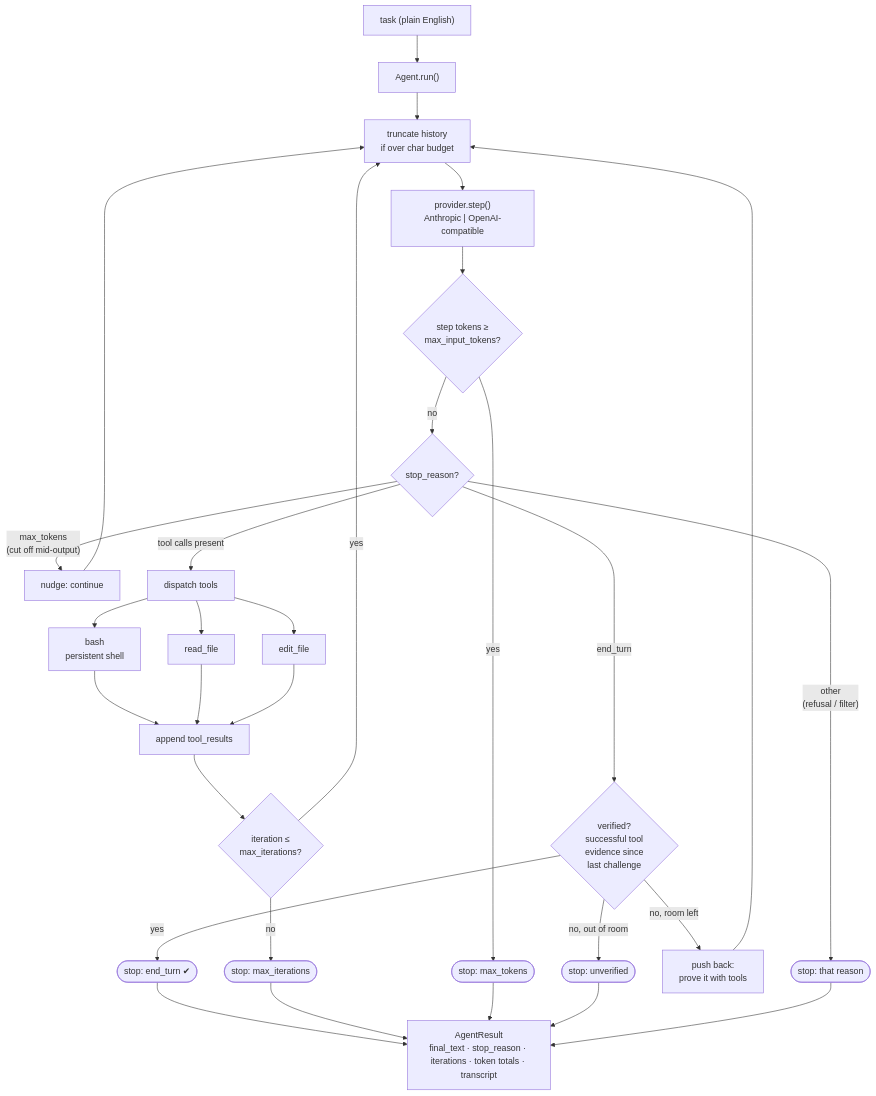
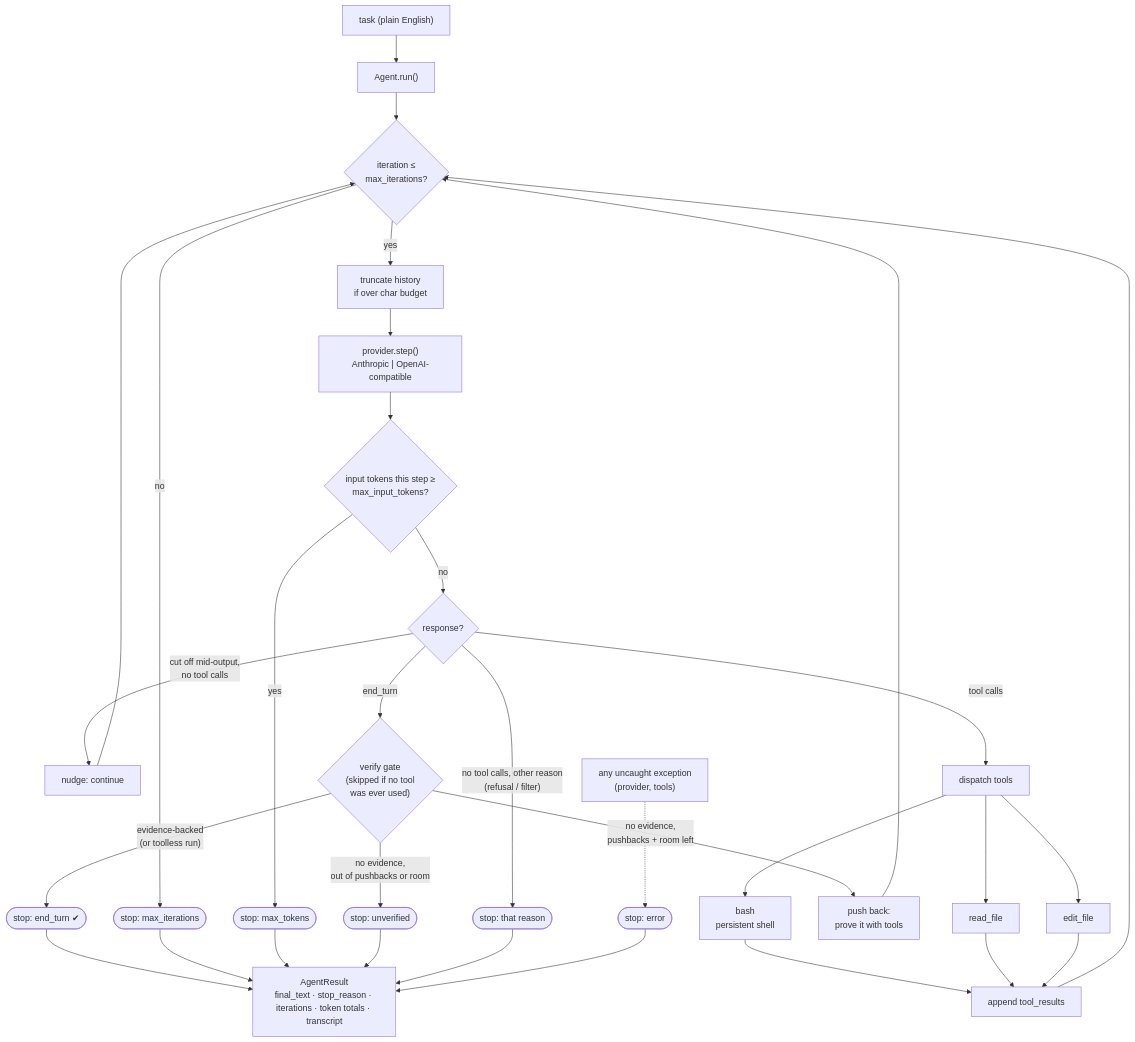
Before and after one commit to baliharneet7-sudo/gt-harness: the diagram in README.md, drawn with Mermaid. The commit also changed other lines of this file and 2 other files, not shown here.

Commit message:
docs: fix loop diagram to match implementation; commit 89/89 run screenshot as proof-of-record
Diagram corrections from an external accuracy review: iteration check at
loop top (all continuations route through it), input-tokens-this-step
wording, tool-calls-present split from stop_reason, verify gate skipped
for toolless runs, stop:error path added. Screenshot pins the published
59.6% (89/89, Mean 0.596, Reward 1.0 -> 53).

Claude-Session: https://claude.ai/code/session_01C2Mo3FgRWM789HVpouQuP7

````diff
--- a/README.md
+++ b/README.md
@@ -109,34 +109,37 @@
 ```mermaid
 flowchart TD
     T["task (plain English)"] --> R["Agent.run()"]
-    R --> TR["truncate history<br/>if over char budget"]
+    R --> ITER{"iteration ≤<br/>max_iterations?"}
+    ITER -- no --> SITER(["stop: max_iterations"])
+    ITER -- yes --> TR["truncate history<br/>if over char budget"]
     TR --> STEP["provider.step()<br/>Anthropic | OpenAI-compatible"]
-    STEP --> CAP{"step tokens ≥<br/>max_input_tokens?"}
+    STEP --> CAP{"input tokens this step ≥<br/>max_input_tokens?"}
     CAP -- yes --> SMAX(["stop: max_tokens"])
-    CAP -- no --> STOP{"stop_reason?"}
+    CAP -- no --> KIND{"response?"}
 
-    STOP -- "max_tokens<br/>(cut off mid-output)" --> NUDGE["nudge: continue"] --> TR
-    STOP -- "end_turn" --> VER{"verified?<br/>successful tool<br/>evidence since<br/>last challenge"}
-    STOP -- "tool calls present" --> EXEC["dispatch tools"]
-    STOP -- "other<br/>(refusal / filter)" --> SREASON(["stop: that reason"])
+    KIND -- "cut off mid-output,<br/>no tool calls" --> NUDGE["nudge: continue"] --> ITER
+    KIND -- "end_turn" --> VER{"verify gate<br/>(skipped if no tool<br/>was ever used)"}
+    KIND -- "tool calls" --> EXEC["dispatch tools"]
+    KIND -- "no tool calls, other reason<br/>(refusal / filter)" --> SREASON(["stop: that reason"])
 
     EXEC --> BASH["bash<br/>persistent shell"]
     EXEC --> READ["read_file"]
     EXEC --> EDIT["edit_file"]
     BASH --> APP["append tool_results"]
     READ --> APP
     EDIT --> APP
-    APP --> ITER{"iteration ≤<br/>max_iterations?"}
-    ITER -- yes --> TR
-    ITER -- no --> SITER(["stop: max_iterations"])
+    APP --> ITER
 
-    VER -- yes --> DONE(["stop: end_turn ✔"])
-    VER -- "no, room left" --> PUSH["push back:<br/>prove it with tools"] --> TR
-    VER -- "no, out of room" --> UNV(["stop: unverified"])
+    VER -- "evidence-backed<br/>(or toolless run)" --> DONE(["stop: end_turn ✔"])
+    VER -- "no evidence,<br/>pushbacks + room left" --> PUSH["push back:<br/>prove it with tools"] --> ITER
+    VER -- "no evidence,<br/>out of pushbacks or room" --> UNV(["stop: unverified"])
+
+    EX["any uncaught exception<br/>(provider, tools)"] -.-> SERR(["stop: error"])
 
     DONE --> RES["AgentResult<br/>final_text · stop_reason · iterations · token totals · transcript"]
     SITER --> RES
     SMAX --> RES
     UNV --> RES
     SREASON --> RES
+    SERR --> RES
 ```
````
